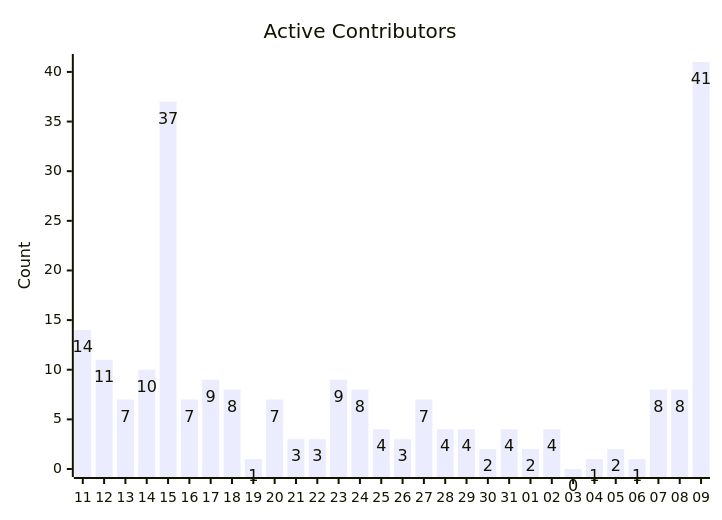
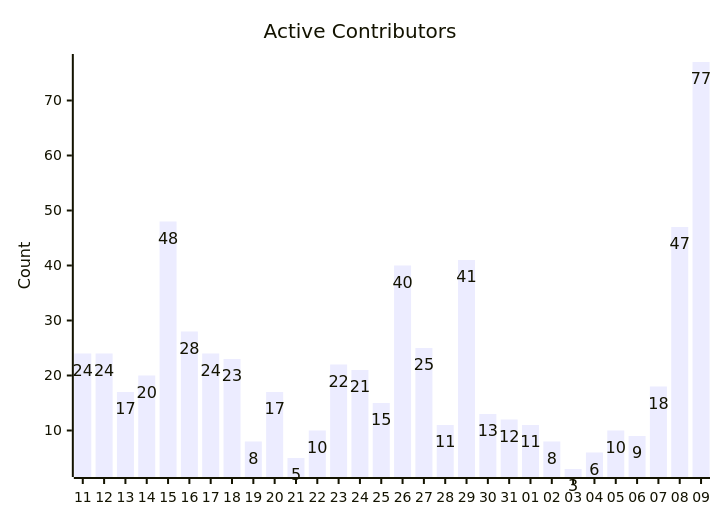
The fifth of 7 diagrams in triage/CONTRIBUTION_METRICS.md (cocosheng-g/gemini-cli), drawn with Mermaid before and after one commit. The commit also changed other lines of this file, not shown here.

````diff
--- a/triage/CONTRIBUTION_METRICS.md
+++ b/triage/CONTRIBUTION_METRICS.md
@@ -100,12 +100,12 @@
 ```mermaid
 ---
 config:
   xyChart:
     showDataLabel: true
 ---
 xychart-beta
     title "Active Contributors"
     x-axis ["11", "12​", "13​​", "14​​​", "15​​​​", "16​​​​​", "17​​​​​​", "18​​​​​​​", "19​​​​​​​​", "20​​​​​​​​​", "21​​​​​​​​​​", "22​​​​​​​​​​​", "23​​​​​​​​​​​​", "24​​​​​​​​​​​​​", "25​​​​​​​​​​​​​​", "26​​​​​​​​​​​​​​​", "27​​​​​​​​​​​​​​​​", "28​​​​​​​​​​​​​​​​​", "29​​​​​​​​​​​​​​​​​​", "30​​​​​​​​​​​​​​​​​​​", "31​​​​​​​​​​​​​​​​​​​​", "01​​​​​​​​​​​​​​​​​​​​​", "02​​​​​​​​​​​​​​​​​​​​​​", "03​​​​​​​​​​​​​​​​​​​​​​​", "04​​​​​​​​​​​​​​​​​​​​​​​​", "05​​​​​​​​​​​​​​​​​​​​​​​​​", "06​​​​​​​​​​​​​​​​​​​​​​​​​​", "07​​​​​​​​​​​​​​​​​​​​​​​​​​​", "08​​​​​​​​​​​​​​​​​​​​​​​​​​​​", "09​​​​​​​​​​​​​​​​​​​​​​​​​​​​​"]
     y-axis "Count"
-    bar [14, 11, 7, 10, 37, 7, 9, 8, 1, 7, 3, 3, 9, 8, 4, 3, 7, 4, 4, 2, 4, 2, 4, 0, 1, 2, 1, 8, 8, 41]
+    bar [24, 24, 17, 20, 48, 28, 24, 23, 8, 17, 5, 10, 22, 21, 15, 40, 25, 11, 41, 13, 12, 11, 8, 3, 6, 10, 9, 18, 47, 77]
 ```
````
